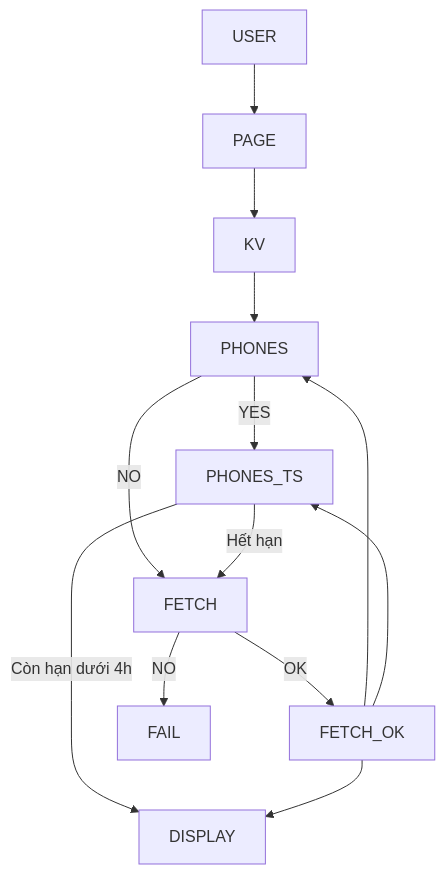
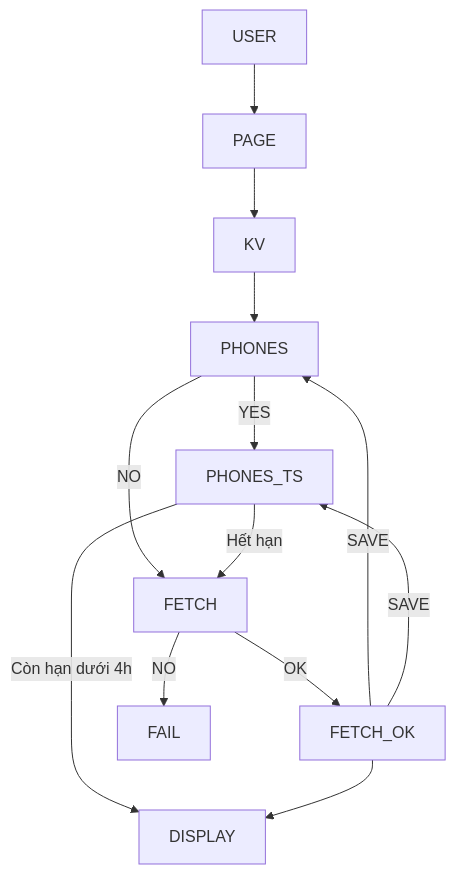
Before and after one commit to rungkhoai/cf-worker-call-redirect-docs: the diagram in README.md, drawn with Mermaid.

````diff
--- a/README.md
+++ b/README.md
@@ -3,15 +3,15 @@
 ```mermaid
 flowchart TD
 USER --> PAGE --> KV --> PHONES --> |YES| PHONES_TS --> |"Còn hạn dưới 4h"| DISPLAY
 
 PHONES -->|NO| FETCH --> |OK| FETCH_OK
 
 PHONES_TS --> |"Hết hạn"| FETCH
 
 FETCH --> |NO| FAIL
 
-FETCH_OK --> PHONES
-FETCH_OK --> PHONES_TS
+FETCH_OK --> |SAVE| PHONES
+FETCH_OK --> |SAVE| PHONES_TS
 FETCH_OK --> DISPLAY
 
 ```
````
